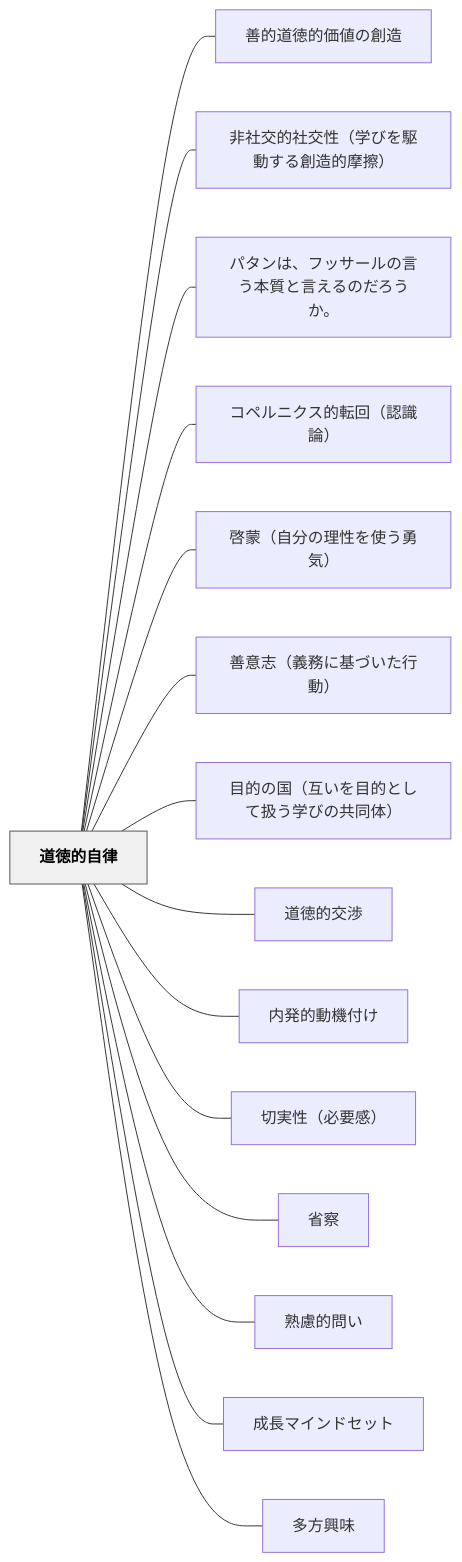
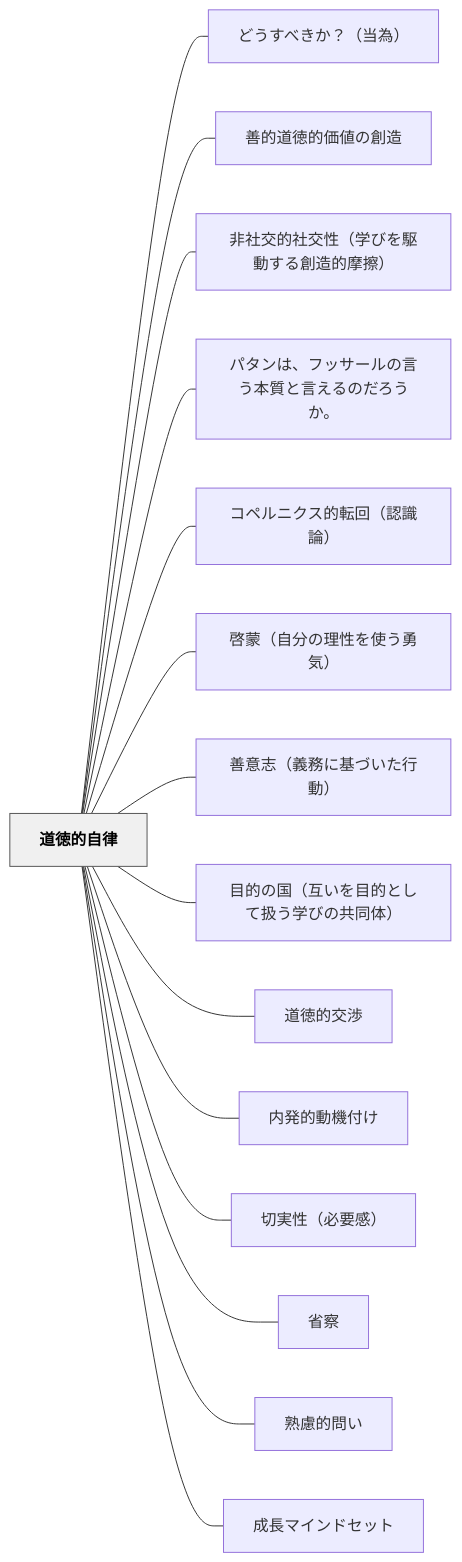
Before and after one commit to unknownthings-ed-patterns/unknownthings-ed-patterns: the diagram in content/パタン/道徳的自律.md, drawn with Mermaid. The commit also changed other lines of this file and 7 other files, not shown here.

````diff
--- a/content/パタン/道徳的自律.md
+++ b/content/パタン/道徳的自律.md
@@ -122,36 +123,36 @@
 ```mermaid
 flowchart LR
     ne98193e5beb3e79a84e887aae5be8b["道徳的自律"]
+    ne381a9e38186e38199e381b9e3818de3818befbc9fefbc88e5bd93e782baefbc89["どうすべきか？（当為）"]
     ne59684e79a84e98193e5beb3e79a84e4bea1e580a4e381aee589b5e980a0["善的道徳的価値の創造"]
     ne99d9ee7a4bee4baa4e79a84e7a4bee4baa4e680a7efbc88e5ada6e381b3e38292e9a786e58b95e38199e3828be589b5e980a0e79a84e691a9e693a6efbc89["非社交的社交性（学びを駆動する創造的摩擦）"]
     ne38391e382bfe383b3e381afe38081e38395e38383e382b5e383bce383abe381aee8a880e38186e69cace8b3aae381a8e8a880e38188e3828be381aee381a0e3828de38186e3818be38082["パタンは、フッサールの言う本質と言えるのだろうか。"]
     ne382b3e3839ae383abe3838be382afe382b9e79a84e8bba2e59b9eefbc88e8aa8de8ad98e8ab96efbc89["コペルニクス的転回（認識論）"]
     ne59593e89299efbc88e887aae58886e381aee79086e680a7e38292e4bdbfe38186e58b87e6b097efbc89["啓蒙（自分の理性を使う勇気）"]
     ne59684e6848fe5bf97efbc88e7bea9e58b99e381abe59fbae381a5e38184e3819fe8a18ce58b95efbc89["善意志（義務に基づいた行動）"]
     ne79baee79a84e381aee59bbdefbc88e4ba92e38184e38292e79baee79a84e381a8e38197e381a6e689b1e38186e5ada6e381b3e381aee585b1e5908ce4bd93efbc89["目的の国（互いを目的として扱う学びの共同体）"]
     ne98193e5beb3e79a84e4baa4e6b889["道徳的交渉"]
     ne58685e799bae79a84e58b95e6a99fe4bb98e38191["内発的動機付け"]
     ne58887e5ae9fe680a7efbc88e5bf85e8a681e6849fefbc89["切実性（必要感）"]
     ne79c81e5af9f["省察"]
     ne7869fe685aee79a84e5958fe38184["熟慮的問い"]
     ne68890e995b7e3839ee382a4e383b3e38389e382bbe38383e38388["成長マインドセット"]
-    ne5a49ae696b9e88888e591b3["多方興味"]
 
+    ne98193e5beb3e79a84e887aae5be8b --- ne381a9e38186e38199e381b9e3818de3818befbc9fefbc88e5bd93e782baefbc89
     ne98193e5beb3e79a84e887aae5be8b --- ne59684e79a84e98193e5beb3e79a84e4bea1e580a4e381aee589b5e980a0
     ne98193e5beb3e79a84e887aae5be8b --- ne99d9ee7a4bee4baa4e79a84e7a4bee4baa4e680a7efbc88e5ada6e381b3e38292e9a786e58b95e38199e3828be589b5e980a0e79a84e691a9e693a6efbc89
     ne98193e5beb3e79a84e887aae5be8b --- ne38391e382bfe383b3e381afe38081e38395e38383e382b5e383bce383abe381aee8a880e38186e69cace8b3aae381a8e8a880e38188e3828be381aee381a0e3828de38186e3818be38082
     ne98193e5beb3e79a84e887aae5be8b --- ne382b3e3839ae383abe3838be382afe382b9e79a84e8bba2e59b9eefbc88e8aa8de8ad98e8ab96efbc89
     ne98193e5beb3e79a84e887aae5be8b --- ne59593e89299efbc88e887aae58886e381aee79086e680a7e38292e4bdbfe38186e58b87e6b097efbc89
     ne98193e5beb3e79a84e887aae5be8b --- ne59684e6848fe5bf97efbc88e7bea9e58b99e381abe59fbae381a5e38184e3819fe8a18ce58b95efbc89
     ne98193e5beb3e79a84e887aae5be8b --- ne79baee79a84e381aee59bbdefbc88e4ba92e38184e38292e79baee79a84e381a8e38197e381a6e689b1e38186e5ada6e381b3e381aee585b1e5908ce4bd93efbc89
     ne98193e5beb3e79a84e887aae5be8b --- ne98193e5beb3e79a84e4baa4e6b889
     ne98193e5beb3e79a84e887aae5be8b --- ne58685e799bae79a84e58b95e6a99fe4bb98e38191
     ne98193e5beb3e79a84e887aae5be8b --- ne58887e5ae9fe680a7efbc88e5bf85e8a681e6849fefbc89
     ne98193e5beb3e79a84e887aae5be8b --- ne79c81e5af9f
     ne98193e5beb3e79a84e887aae5be8b --- ne7869fe685aee79a84e5958fe38184
     ne98193e5beb3e79a84e887aae5be8b --- ne68890e995b7e3839ee382a4e383b3e38389e382bbe38383e38388
-    ne98193e5beb3e79a84e887aae5be8b --- ne5a49ae696b9e88888e591b3
 
     classDef hub fill:#f0f0f0,stroke:#555,color:#000,font-weight:bold
     class ne98193e5beb3e79a84e887aae5be8b hub
 ```
````
